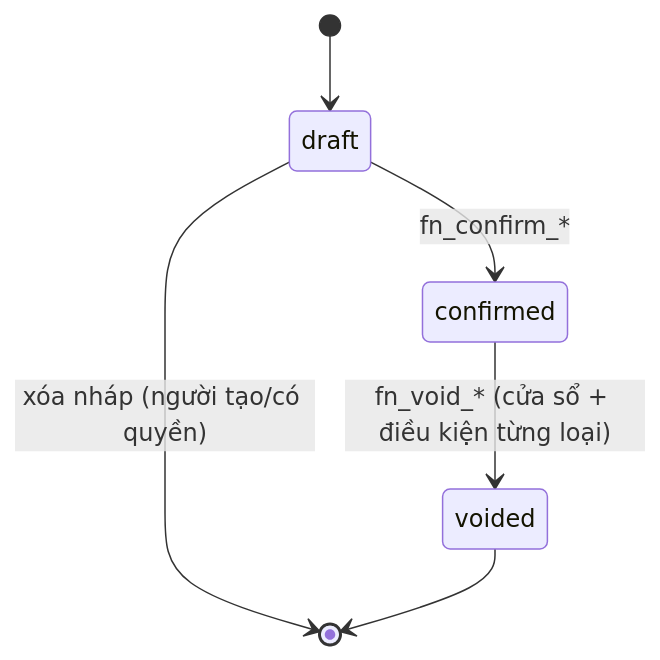
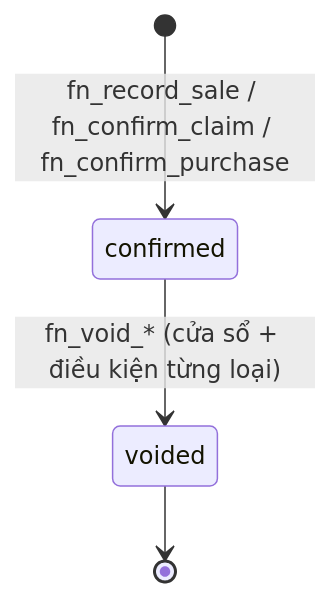
One commit to Doanhaiduy/WatchFlow changed the second of 5 diagrams in docs/02-domain/state-machines.md. Above: the diagram before and after it, drawn with Mermaid. The commit also changed other lines of this file and 31 other files, not shown here.

````diff
--- a/docs/02-domain/state-machines.md
+++ b/docs/02-domain/state-machines.md
@@ -64,8 +45,6 @@
 ```mermaid
 stateDiagram-v2
-    [*] --> draft
-    draft --> confirmed: fn_confirm_*
-    draft --> [*]: xóa nháp (người tạo/có quyền)
+    [*] --> confirmed: fn_record_sale / fn_confirm_claim / fn_confirm_purchase
     confirmed --> voided: fn_void_* (cửa sổ + điều kiện từng loại)
     voided --> [*]
 ```
````
